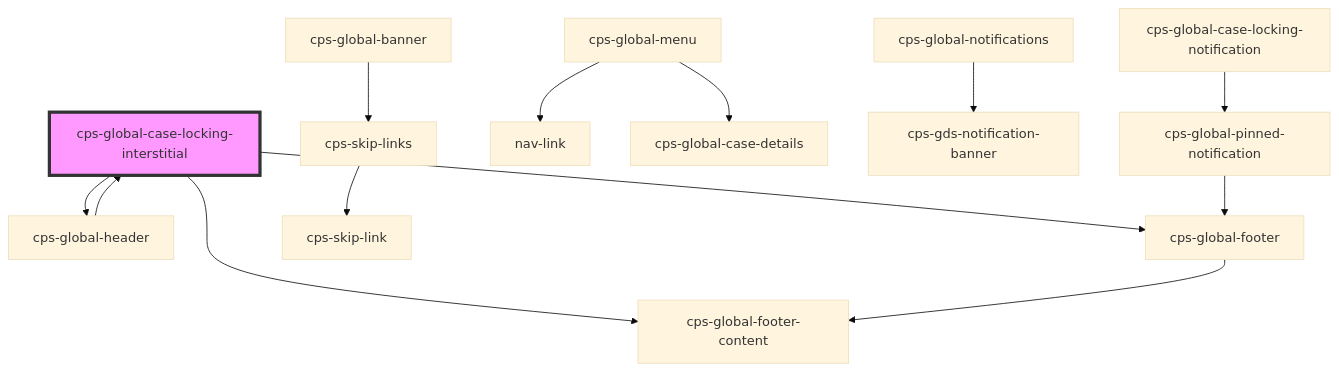
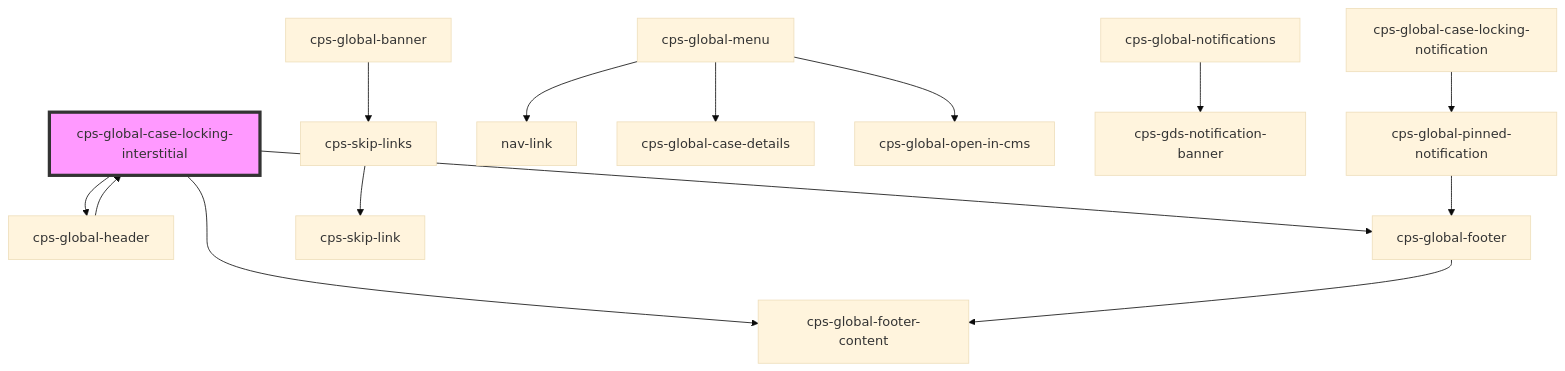
Before and after one commit to CPS-Innovation/global-components: the diagram in packages/cps-global-components/src/components/cps-global-case-locking-interstitial/readme.md, drawn with Mermaid (base theme). The commit also changed 19 other files, not shown here.

Commit message:
#RNAV-53 - Open in… dropdown for CMS Classic and CMS Modern, on in QA via FEATURE_FLAG_OPEN_IN_CMS_MODERN_USERS (#1225)

````diff
--- a/packages/cps-global-components/src/components/cps-global-case-locking-interstitial/readme.md
+++ b/packages/cps-global-components/src/components/cps-global-case-locking-interstitial/readme.md
@@ -61,16 +61,17 @@
 ```mermaid
 graph TD;
   cps-global-case-locking-interstitial --> cps-global-header
   cps-global-case-locking-interstitial --> cps-global-footer-content
   cps-global-case-locking-interstitial --> cps-global-footer
   cps-global-header --> cps-global-case-locking-interstitial
   cps-global-banner --> cps-skip-links
   cps-skip-links --> cps-skip-link
   cps-global-menu --> nav-link
   cps-global-menu --> cps-global-case-details
+  cps-global-menu --> cps-global-open-in-cms
   cps-global-notifications --> cps-gds-notification-banner
   cps-global-case-locking-notification --> cps-global-pinned-notification
   cps-global-pinned-notification --> cps-global-footer
   cps-global-footer --> cps-global-footer-content
   style cps-global-case-locking-interstitial fill:#f9f,stroke:#333,stroke-width:4px
 ```
````
